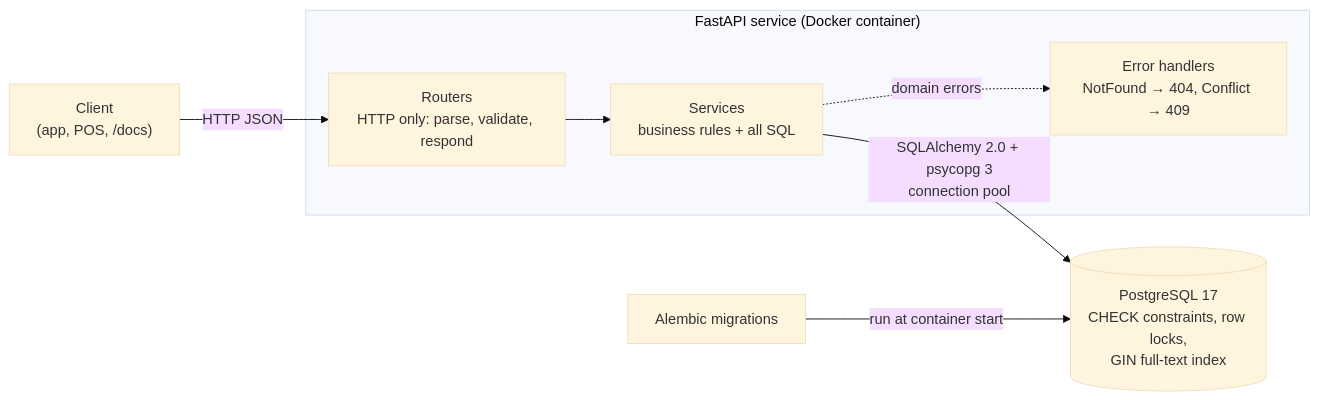
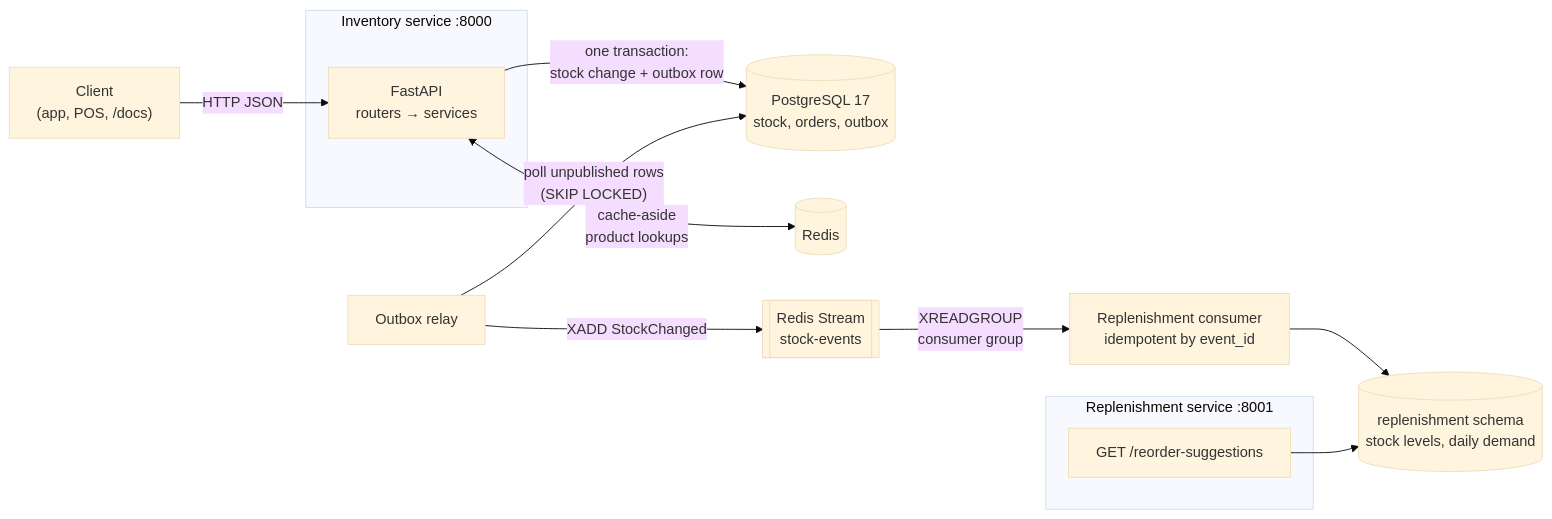
The first of 2 diagrams in README.md (samarthkumble/store-inventory-service), drawn with Mermaid (base theme) before and after one commit. The commit also changed other lines of this file and 35 other files, not shown here.

First line of the commit message:
Milestone 4: replenishment service, StockChanged events and product cache

````diff
--- a/README.md
+++ b/README.md
@@ -17,15 +20,20 @@
 ```mermaid
 flowchart LR
-    client["Client<br/>(app, POS, /docs)"] -->|HTTP JSON| routers
+    client["Client<br/>(app, POS, /docs)"] -->|HTTP JSON| api
 
-    subgraph api["FastAPI service (Docker container)"]
-        routers["Routers<br/>HTTP only: parse, validate, respond"]
-        services["Services<br/>business rules + all SQL"]
-        errors["Error handlers<br/>NotFound → 404, Conflict → 409"]
-        routers --> services
-        services -. domain errors .-> errors
+    subgraph inv["Inventory service :8000"]
+        api["FastAPI<br/>routers → services"]
     end
 
-    services -->|"SQLAlchemy 2.0 + psycopg 3<br/>connection pool"| db[("PostgreSQL 17<br/>CHECK constraints, row locks,<br/>GIN full-text index")]
-    alembic["Alembic migrations"] -->|"run at container start"| db
+    api -->|"one transaction:<br/>stock change + outbox row"| db[("PostgreSQL 17<br/>stock, orders, outbox")]
+    api <-->|"cache-aside<br/>product lookups"| redis[("Redis")]
+    relay["Outbox relay"] -->|"poll unpublished rows<br/>(SKIP LOCKED)"| db
+    relay -->|"XADD StockChanged"| stream[["Redis Stream<br/>stock-events"]]
+    stream -->|"XREADGROUP<br/>consumer group"| consumer["Replenishment consumer<br/>idempotent by event_id"]
+    consumer --> rdb[("replenishment schema<br/>stock levels, daily demand")]
+
+    subgraph rep["Replenishment service :8001"]
+        rapi["GET /reorder-suggestions"]
+    end
+    rapi --> rdb
 ```
````
